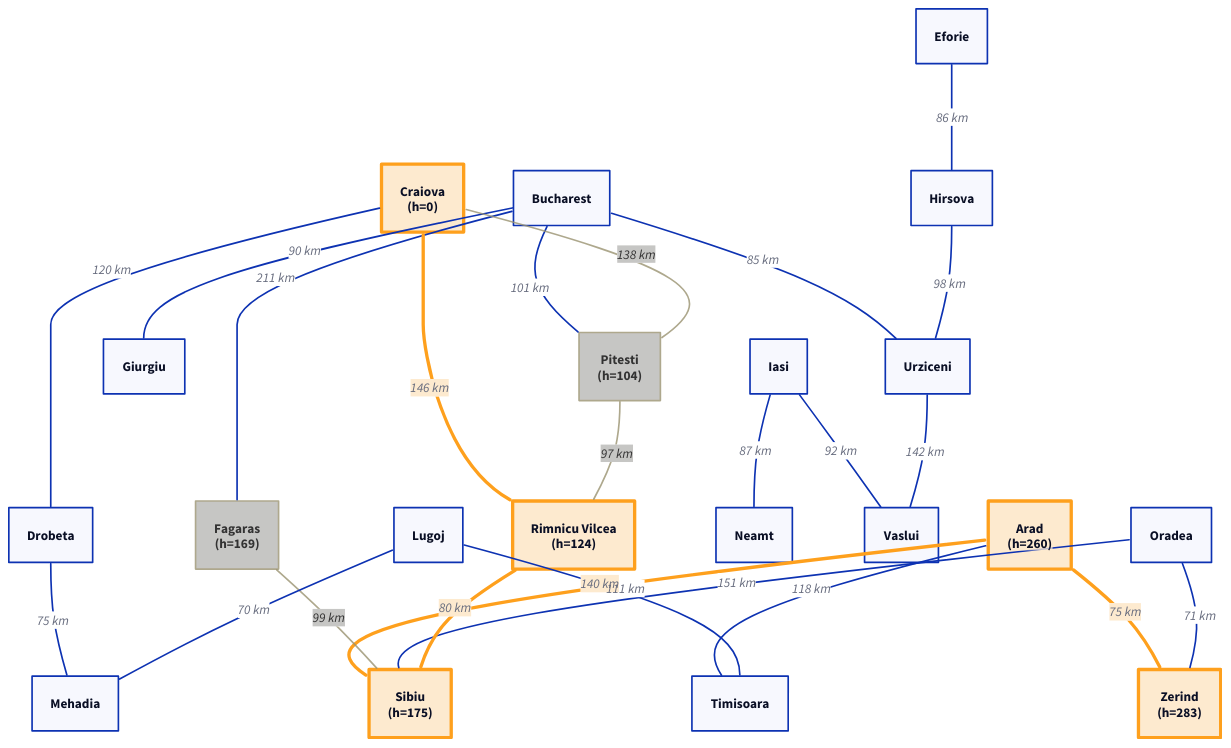
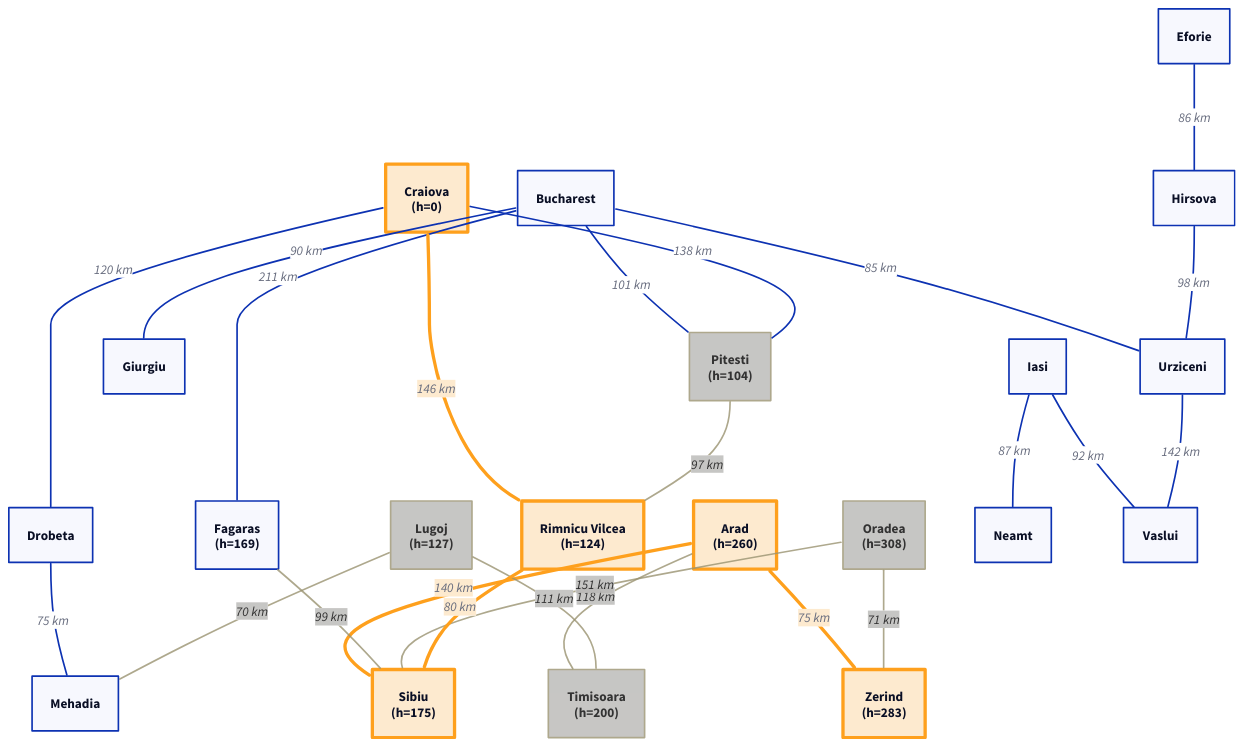
The diagram in 04_busqueda_informada/ejercicio_1/a-star.d2 (rafaga/ejercicios_mia), drawn with D2 before and after one commit. The commit also changed 1 other file, not shown here.

```diff
--- a/04_busqueda_informada/ejercicio_1/a-star.d2
+++ b/04_busqueda_informada/ejercicio_1/a-star.d2
@@ -1,74 +1,82 @@
 classes: {
   camino: {
     style.fill: "#fdeacf"
     style.stroke: "#fea01d"
     style.stroke-width: 4
   }
   explorado: { 
     style.fill: "#b9b8b6"
     style.stroke: "#9a9371"
     style.opacity: 0.8
     style.font-color: "#000000"
   }
 }
 
 Arad: "Arad\n(h=260)" 
 Sibiu: "Sibiu\n(h=175)"
 Rimnicu: "Rimnicu Vilcea\n(h=124)"
 Craiova: "Craiova\n(h=0)"
 Zerind: "Zerind\n(h=283)"
-
-# Oradea : "Oradea\n(h=308)"
+Oradea : "Oradea\n(h=308)"
 Fagaras: "Fagaras\n(h=169)"
 Pitesti: "Pitesti\n(h=104)"
+Arad: "Arad\n(h=260)"
+Timisoara: "Timisoara\n(h=200)"
+Lugoj: "Lugoj\n(h=127)"
 
 Arad.class: camino
 Sibiu.class: camino
 Rimnicu.class: camino
 Craiova.class: camino
 Zerind.class: camino
-# Oradea.class: explorado
-Fagaras.class: explorado
+Oradea.class: explorado
+# Fagaras.class: explorado
 Pitesti.class: explorado
+Timisoara.class: explorado
+Lugoj.class:explorado
 
 Arad -- Sibiu: 140 km {
   class: camino
 }
-Arad -- Timisoara: 118 km
+Arad -- Timisoara: 118 km {
+   class: explorado
+}
 Arad -- Zerind: 75 km {
   class: camino
 }
 Bucharest -- Fagaras: 211 km
 Bucharest -- Giurgiu: 90 km
 Bucharest -- Pitesti: 101 km
 Bucharest -- Urziceni: 85 km
 Craiova -- Drobeta: 120 km
-Craiova -- Pitesti: 138 km {
-   class: explorado
-}
+Craiova -- Pitesti: 138 km 
 Craiova -- Rimnicu: 146 km {
   class: camino
 }
 Drobeta -- Mehadia: 75 km
 Eforie -- Hirsova: 86 km
 Fagaras -- Sibiu: 99 km {
    class: explorado
 }
 Hirsova -- Urziceni: 98 km
 Iasi -- Neamt: 87 km
 Iasi -- Vaslui: 92 km
-Lugoj -- Mehadia: 70 km
-Lugoj -- Timisoara: 111 km
-Oradea -- Sibiu: 151 km #{
-#   class: explorado
-#}
-Oradea -- Zerind: 71 km #{
-#   class: explorado
-#}
+Lugoj -- Mehadia: 70 km {
+   class: explorado
+}
+Lugoj -- Timisoara: 111 km {
+   class: explorado
+}
+Oradea -- Sibiu: 151 km {
+   class: explorado
+}
+Oradea -- Zerind: 71 km {
+   class: explorado
+}
 Pitesti -- Rimnicu: 97 km {
    class: explorado
 }
 Rimnicu -- Sibiu: 80 km {
   class: camino
 }
 Urziceni -- Vaslui: 142 km
```
